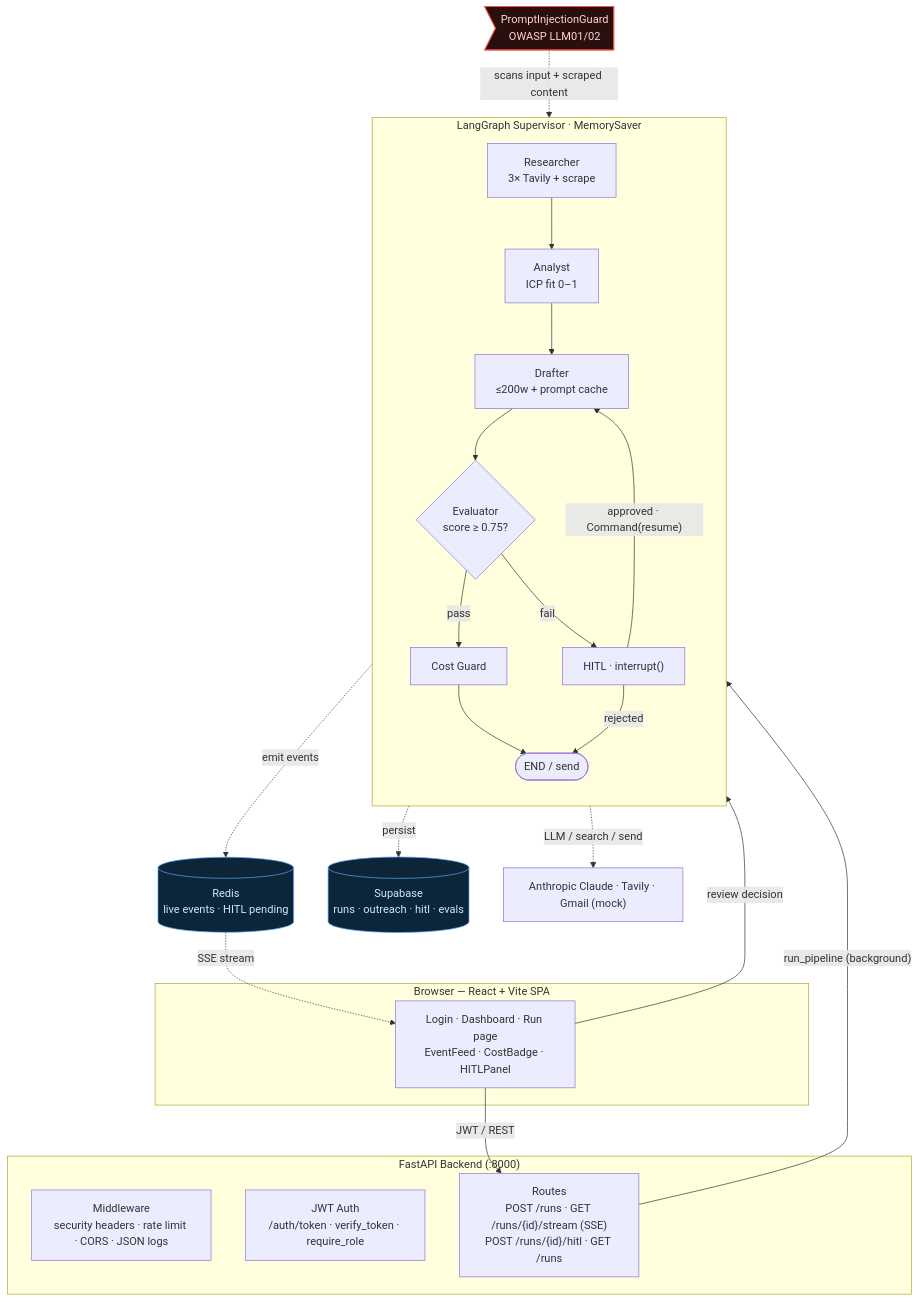
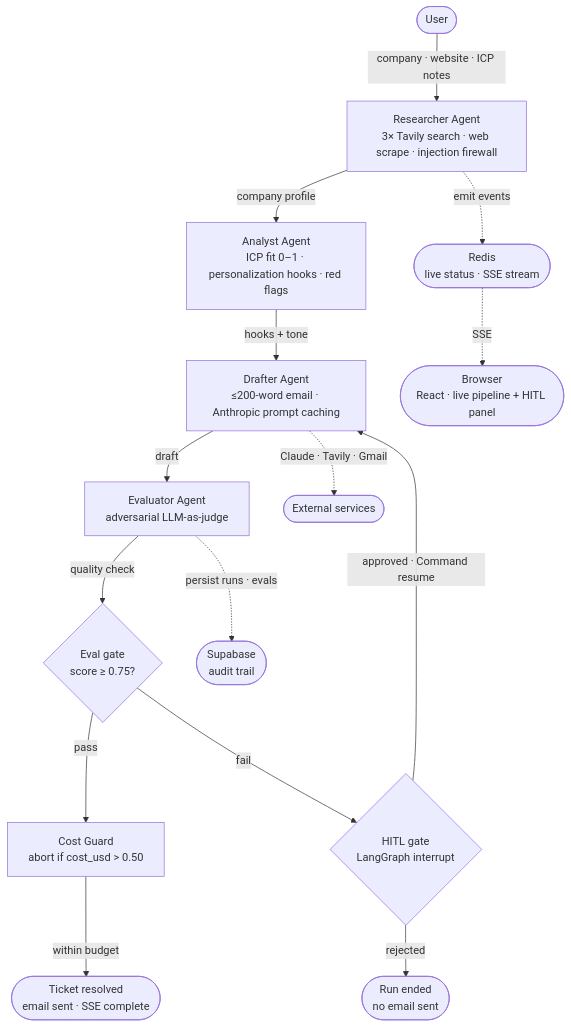
The diagram in README.md (Subh24ai/AgentIQ), drawn with Mermaid before and after one commit. The commit also changed other lines of this file and 14 other files, not shown here.

First line of the commit message:
Fix token usage keys, prompt caching, and replace RAGAS with native judge

````diff
--- a/README.md
+++ b/README.md
@@ -15,44 +15,20 @@
 ```mermaid
-flowchart TD
-    subgraph Browser["Browser — React + Vite SPA"]
-        UI["Login · Dashboard · Run page<br/>EventFeed · CostBadge · HITLPanel"]
-    end
+graph TD
+    A([User]) -->|company · website · ICP notes| B[Researcher Agent<br/>3× Tavily search · web scrape · injection firewall]
+    B -->|company profile| C[Analyst Agent<br/>ICP fit 0–1 · personalization hooks · red flags]
+    C -->|hooks + tone| D[Drafter Agent<br/>≤200-word email · Anthropic prompt caching]
+    D -->|draft| E[Evaluator Agent<br/>adversarial LLM-as-judge]
 
-    subgraph API["FastAPI Backend (:8000)"]
-        MW["Middleware<br/>security headers · rate limit · CORS · JSON logs"]
-        AUTH["JWT Auth<br/>/auth/token · verify_token · require_role"]
-        RT["Routes<br/>POST /runs · GET /runs/{id}/stream (SSE)<br/>POST /runs/{id}/hitl · GET /runs"]
-    end
+    E -->|quality check| GATE{Eval gate<br/>score ≥ 0.75?}
+    GATE -->|pass| CG[Cost Guard<br/>abort if cost_usd > 0.50]
+    CG -->|within budget| RES([Ticket resolved<br/>email sent · SSE complete])
 
-    subgraph Graph["LangGraph Supervisor · MemorySaver"]
-        direction TB
-        R["Researcher<br/>3× Tavily + scrape"] --> A["Analyst<br/>ICP fit 0–1"]
-        A --> D["Drafter<br/>≤200w + prompt cache"]
-        D --> E{"Evaluator<br/>score ≥ 0.75?"}
-        E -- "pass" --> CG["Cost Guard"]
-        CG --> ENDN(["END / send"])
-        E -- "fail" --> HITL["HITL · interrupt()"]
-        HITL -- "approved · Command(resume)" --> D
-        HITL -- "rejected" --> ENDN
-    end
+    GATE -->|fail| HITL{HITL gate<br/>LangGraph interrupt}
+    HITL -->|approved · Command resume| D
+    HITL -->|rejected| STOP([Run ended<br/>no email sent])
 
-    REDIS[("Redis<br/>live events · HITL pending")]
-    SUPA[("Supabase<br/>runs · outreach · hitl · evals")]
-    EXT["Anthropic Claude · Tavily · Gmail (mock)"]
-    FW>"PromptInjectionGuard<br/>OWASP LLM01/02"]
-
-    UI -- "JWT / REST" --> RT
-    REDIS -. "SSE stream" .-> UI
-    RT -- "run_pipeline (background)" --> R
-    UI -- "review decision" --> HITL
-
-    Graph -. "emit events" .-> REDIS
-    Graph -. "persist" .-> SUPA
-    Graph -. "LLM / search / send" .-> EXT
-    FW -. "scans input + scraped content" .-> R
-
-    classDef store fill:#0d2538,stroke:#58a6ff,color:#cfe6ff;
-    classDef guard fill:#2a0f0f,stroke:#f85149,color:#ffd6d3;
-    class REDIS,SUPA store;
-    class FW guard;
+    B -.->|emit events| REDIS([Redis<br/>live status · SSE stream])
+    E -.->|persist runs · evals| SUPA([Supabase<br/>audit trail])
+    D -.->|Claude · Tavily · Gmail| EXT([External services])
+    REDIS -.->|SSE| UI([Browser<br/>React · live pipeline + HITL panel])
 ```
````
